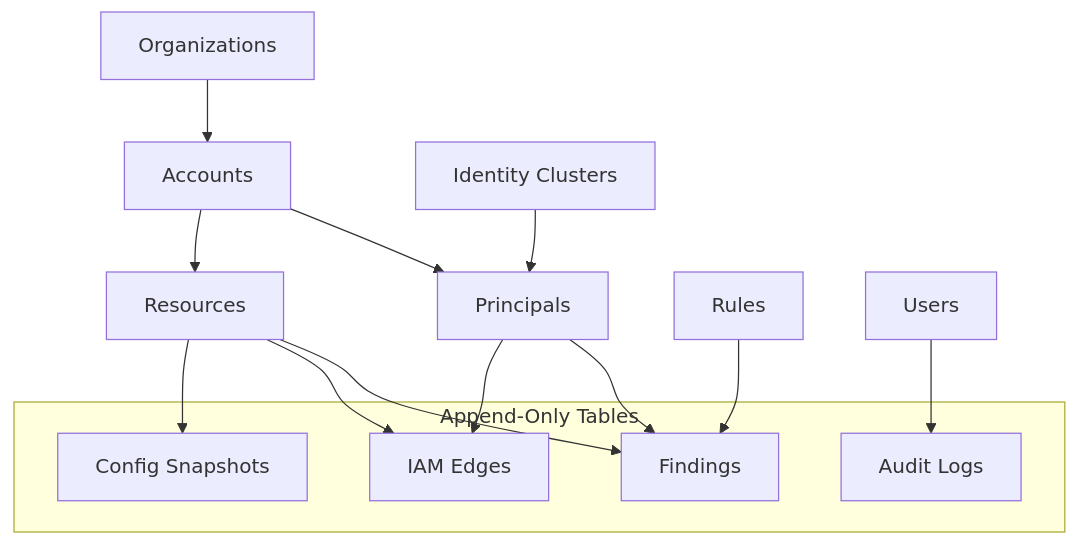
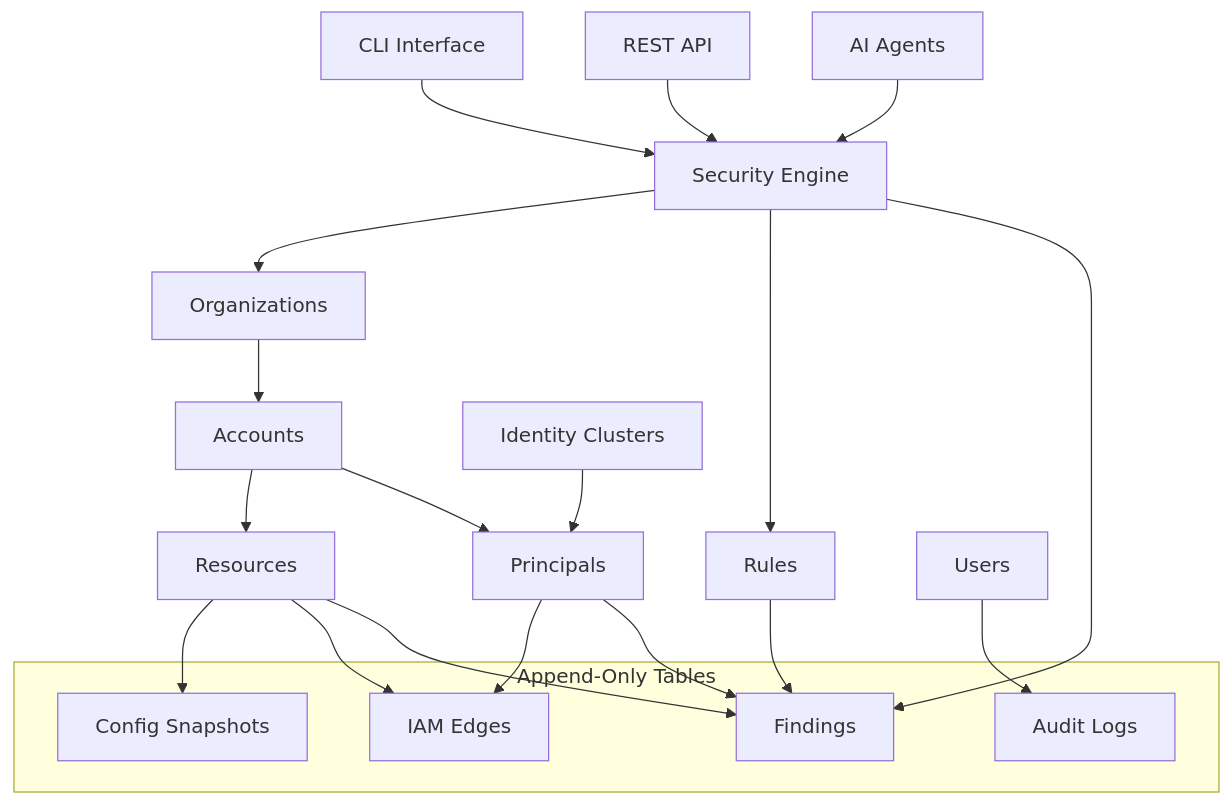
The diagram in README.md (writer/cerebro), drawn with Mermaid before and after one commit. The commit also changed other lines of this file, not shown here.

First line of the commit message:
docs: Complete README rewrite emphasizing deep agent integration

````diff
--- a/README.md
+++ b/README.md
@@ -77,21 +108,29 @@
 ```mermaid
 graph TB
+    CLI[CLI Interface] --> SE[Security Engine]
+    API[REST API] --> SE
+    AGENT[AI Agents] --> SE
+
     O[Organizations] --> A[Accounts]
     A --> R[Resources]
     A --> P[Principals]
     R --> CS[Config Snapshots]
     P --> IE[IAM Edges]
     R --> IE
     Rules --> F[Findings]
     R --> F
     P --> F
     IC[Identity Clusters] --> P
     U[Users] --> UL[Audit Logs]
-    
+
+    SE --> O
+    SE --> Rules
+    SE --> F
+
     subgraph "Append-Only Tables"
         CS
         IE
         F
         UL
     end
 ```
````
